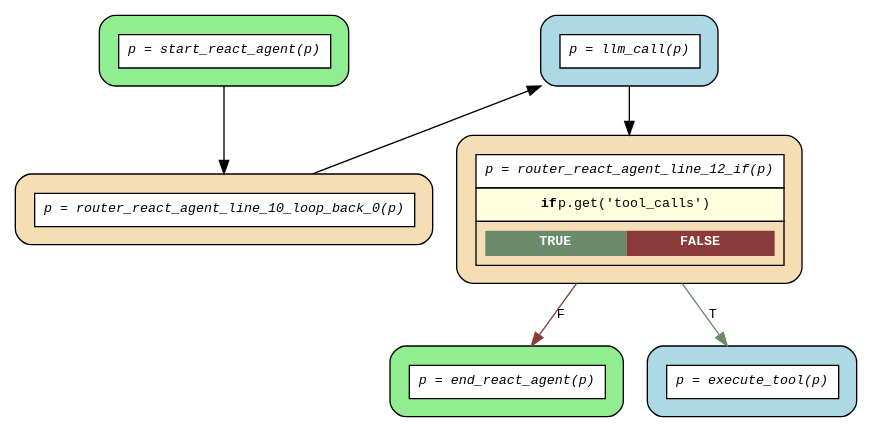
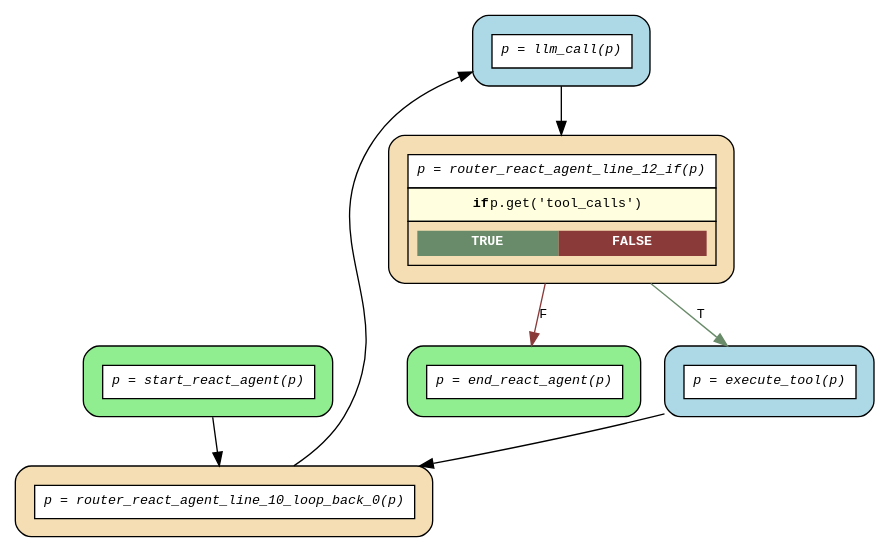
Before and after one commit to deliveryhero/asya: the diagram in examples/flows/compiled/while_react_loop/flow.dot, drawn with Graphviz. The commit also changed 29 other files, not shown here.

First line of the commit message:
fix(dotgen): connect while-loop body actors to loop_back router

```diff
--- a/examples/flows/compiled/while_react_loop/flow.dot
+++ b/examples/flows/compiled/while_react_loop/flow.dot
@@ -1,19 +1,20 @@
 digraph flow {
   rankdir=TB;
   graph [fontname="Courier", fontsize=10];
   node [fontname="Courier", fontsize=10, shape=box, style="filled,rounded", margin="0.2"];
   edge [fontname="Courier", fontsize=10];
 
   start_react_agent [fillcolor="lightgreen", label=<<table border="0" cellspacing="0" cellpadding="6" cellborder="1"><tr><td bgcolor="white" align="center"><i>p = start_react_agent(p)</i></td></tr></table>>];
   router_react_agent_line_12_if [fillcolor="wheat", label=<<table border="0" cellspacing="0" cellpadding="6" cellborder="1"><tr><td bgcolor="white" align="center"><i>p = router_react_agent_line_12_if(p)</i></td></tr><tr><td bgcolor="lightyellow"><b>if</b> p.get('tool_calls')</td></tr><tr><td><table border="0" cellspacing="0" cellpadding="4"><tr><td bgcolor="darkseagreen4"><font color="white"><b>TRUE</b></font></td><td bgcolor="indianred4"><font color="white"><b>FALSE</b></font></td></tr></table></td></tr></table>>];
   router_react_agent_line_10_loop_back_0 [fillcolor="wheat", label=<<table border="0" cellspacing="0" cellpadding="6" cellborder="1"><tr><td bgcolor="white" align="center"><i>p = router_react_agent_line_10_loop_back_0(p)</i></td></tr></table>>];
   end_react_agent [fillcolor="lightgreen", label=<<table border="0" cellspacing="0" cellpadding="6" cellborder="1"><tr><td bgcolor="white" align="center"><i>p = end_react_agent(p)</i></td></tr></table>>];
   execute_tool [fillcolor="lightblue", label=<<table border="0" cellspacing="0" cellpadding="6" cellborder="1"><tr><td bgcolor="white" align="center"><i>p = execute_tool(p)</i></td></tr></table>>];
   llm_call [fillcolor="lightblue", label=<<table border="0" cellspacing="0" cellpadding="6" cellborder="1"><tr><td bgcolor="white" align="center"><i>p = llm_call(p)</i></td></tr></table>>];
 
+  execute_tool -> router_react_agent_line_10_loop_back_0;
   llm_call -> router_react_agent_line_12_if;
   router_react_agent_line_10_loop_back_0 -> llm_call [constraint=false];
   router_react_agent_line_12_if -> end_react_agent [label="F", color=indianred4];
   router_react_agent_line_12_if -> execute_tool [label="T", color=darkseagreen4];
   start_react_agent -> router_react_agent_line_10_loop_back_0;
 }
```
